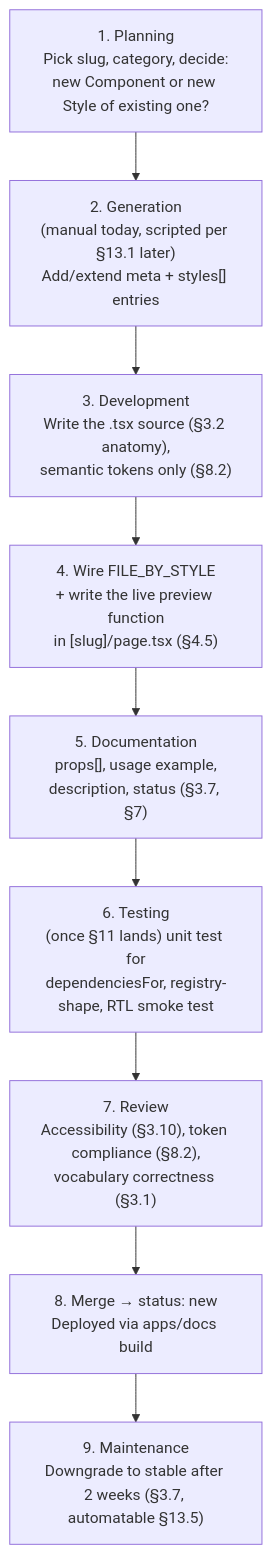
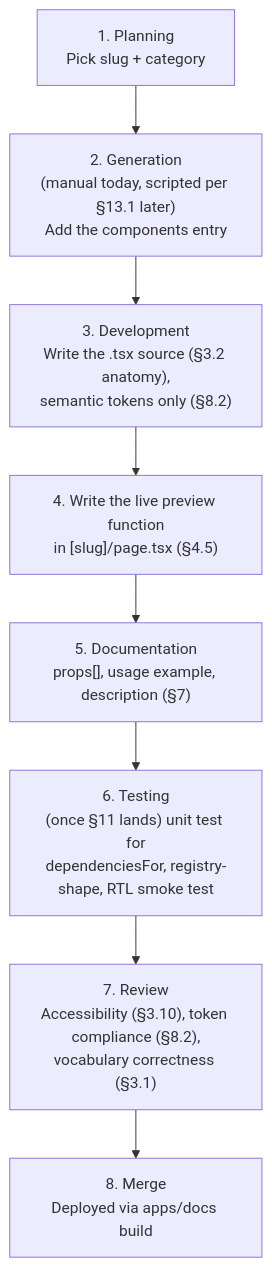
Before and after one commit to devigner-ui/devigner-ui: the seventh of 7 diagrams in SSOT.md, drawn with Mermaid. The commit also changed other lines of this file and 37 other files, not shown here.

First line of the commit message:
Redesign docs landing/component pages and prune unused UI components

````diff
--- a/SSOT.md
+++ b/SSOT.md
@@ -992,11 +955,10 @@
 ```mermaid
 flowchart TD
-    A["1. Planning<br/>Pick slug, category, decide:<br/>new Component or new Style of existing one?"] --> B["2. Generation<br/>(manual today, scripted per §13.1 later)<br/>Add/extend meta + styles[] entries"]
+    A["1. Planning<br/>Pick slug + category"] --> B["2. Generation<br/>(manual today, scripted per §13.1 later)<br/>Add the components entry"]
     B --> C["3. Development<br/>Write the .tsx source (§3.2 anatomy),<br/>semantic tokens only (§8.2)"]
-    C --> D["4. Wire FILE_BY_STYLE<br/>+ write the live preview function<br/>in [slug]/page.tsx (§4.5)"]
-    D --> E["5. Documentation<br/>props[], usage example,<br/>description, status (§3.7, §7)"]
+    C --> D["4. Write the live preview function<br/>in [slug]/page.tsx (§4.5)"]
+    D --> E["5. Documentation<br/>props[], usage example, description (§7)"]
     E --> F["6. Testing<br/>(once §11 lands) unit test for<br/>dependenciesFor, registry-shape, RTL smoke test"]
     F --> G["7. Review<br/>Accessibility (§3.10), token compliance (§8.2),<br/>vocabulary correctness (§3.1)"]
-    G --> H["8. Merge → status: new<br/>Deployed via apps/docs build"]
-    H --> I["9. Maintenance<br/>Downgrade to stable after 2 weeks (§3.7, automatable §13.5)"]
+    G --> H["8. Merge<br/>Deployed via apps/docs build"]
 ```
````
